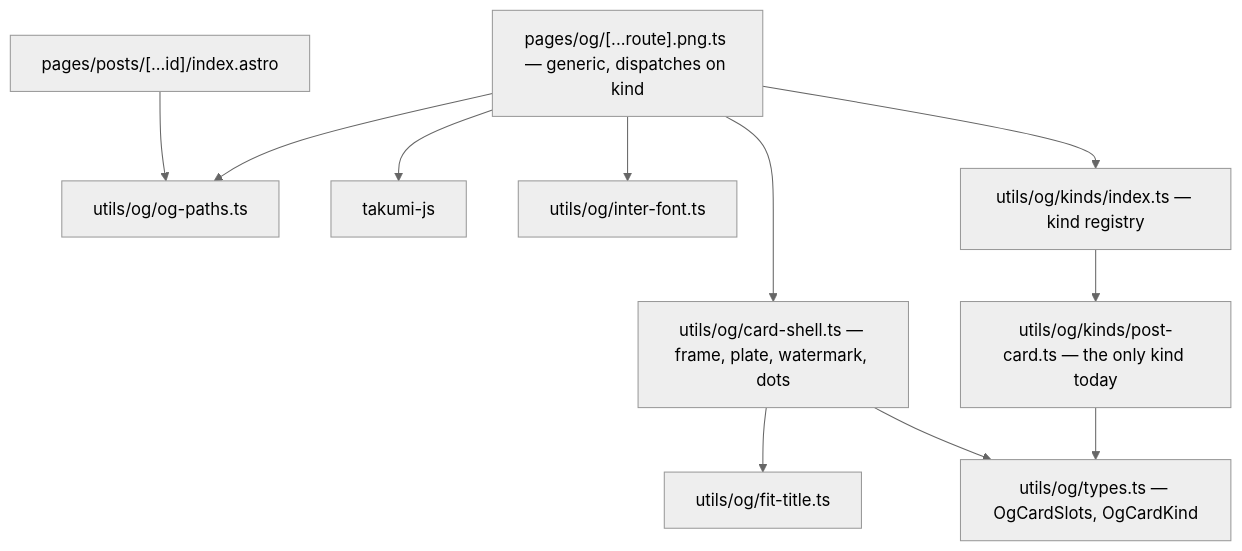
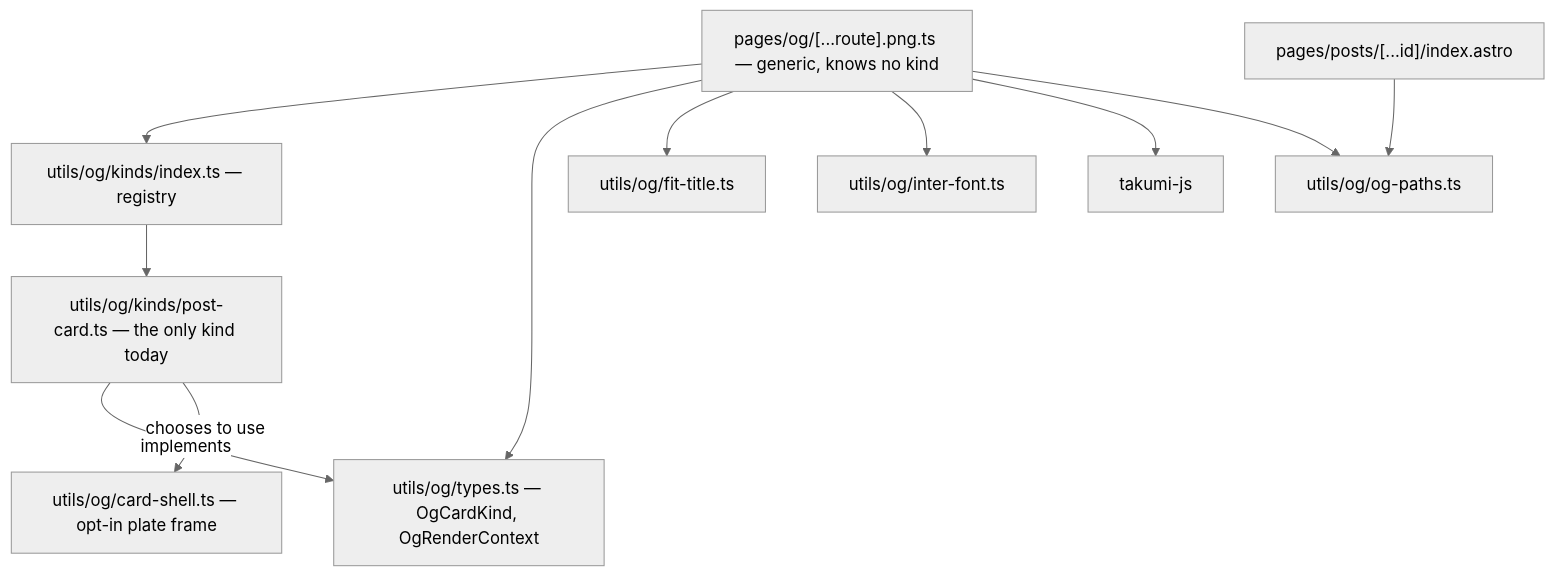
One commit to duckycoding-dev/ducky-coding changed the diagram in docs/og-images/og-images.md. Above: the diagram before and after it, drawn with Mermaid (neutral theme). The commit also changed other lines of this file, not shown here.

First line of the commit message:
docs(og-images): drop the shared content type, kinds own their HTML

````diff
--- a/docs/og-images/og-images.md
+++ b/docs/og-images/og-images.md
@@ -148,24 +148,24 @@
 ```mermaid
 graph TD
-    Route["pages/og/[...route].png.ts — generic, dispatches on kind"]
-    Registry["utils/og/kinds/index.ts — kind registry"]
+    Route["pages/og/[...route].png.ts — generic, knows no kind"]
+    Registry["utils/og/kinds/index.ts — registry"]
     PostKind["utils/og/kinds/post-card.ts — the only kind today"]
-    Shell["utils/og/card-shell.ts — frame, plate, watermark, dots"]
-    Types["utils/og/types.ts — OgCardSlots, OgCardKind"]
+    Shell["utils/og/card-shell.ts — opt-in plate frame"]
+    Types["utils/og/types.ts — OgCardKind, OgRenderContext"]
     Fit["utils/og/fit-title.ts"]
     Paths["utils/og/og-paths.ts"]
     Font["utils/og/inter-font.ts"]
     Takumi["takumi-js"]
     Post["pages/posts/[...id]/index.astro"]
 
     Route --> Registry
-    Route --> Shell
+    Route --> Types
+    Route --> Fit
     Route --> Font
     Route --> Takumi
+    Route --> Paths
     Registry --> PostKind
-    PostKind --> Types
-    Shell --> Types
-    Shell --> Fit
+    PostKind -->|implements| Types
+    PostKind -->|chooses to use| Shell
     Post --> Paths
-    Route --> Paths
 ```
````
